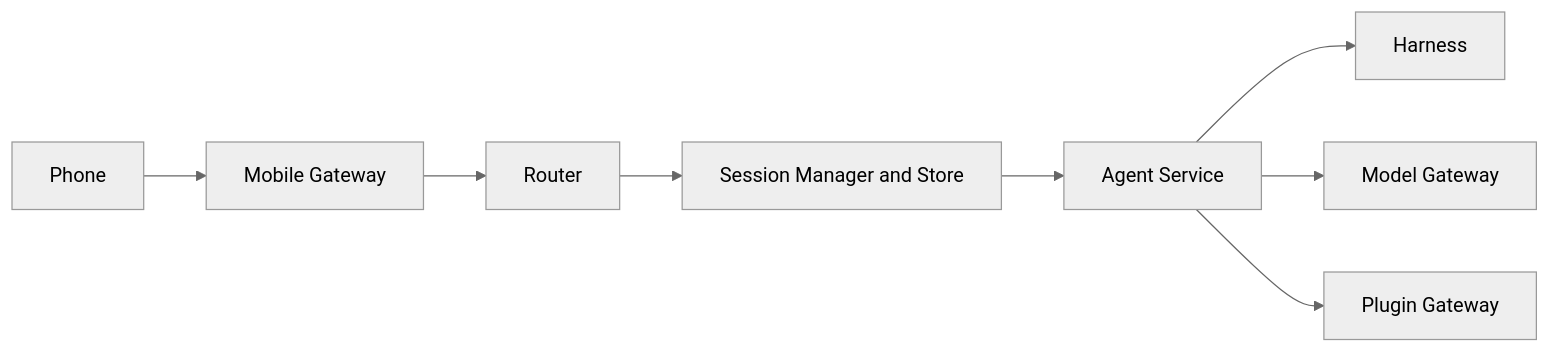
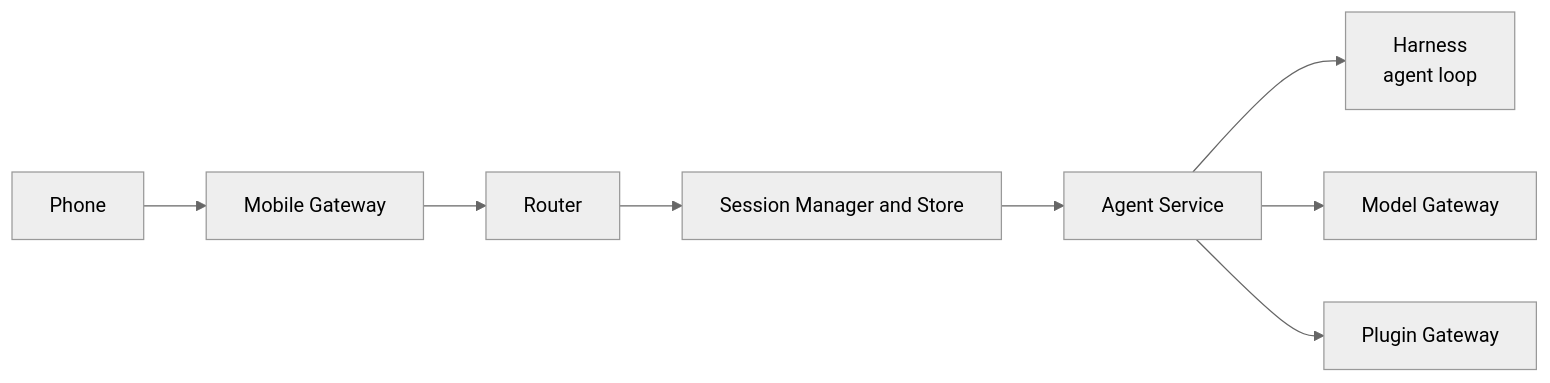
One commit to michaelatamuk/agentic-desk changed the first of 3 diagrams in company/digitalmate/whats-new/whats-new-2026-11.md. Above: the diagram before and after it, drawn with Mermaid (neutral theme). The commit also changed other lines of this file and 6 other files, not shown here.

````diff
--- a/company/digitalmate/whats-new/whats-new-2026-11.md
+++ b/company/digitalmate/whats-new/whats-new-2026-11.md
@@ -41,10 +69,10 @@
 ```mermaid
 flowchart LR
     C[Phone] --> G[Mobile Gateway]
     G --> R[Router]
     R --> S[Session Manager and Store]
     S --> A[Agent Service]
-    A --> H[Harness]
+    A --> H[Harness<br/>agent loop]
     A --> MG[Model Gateway]
     A --> PG[Plugin Gateway]
 ```
````
